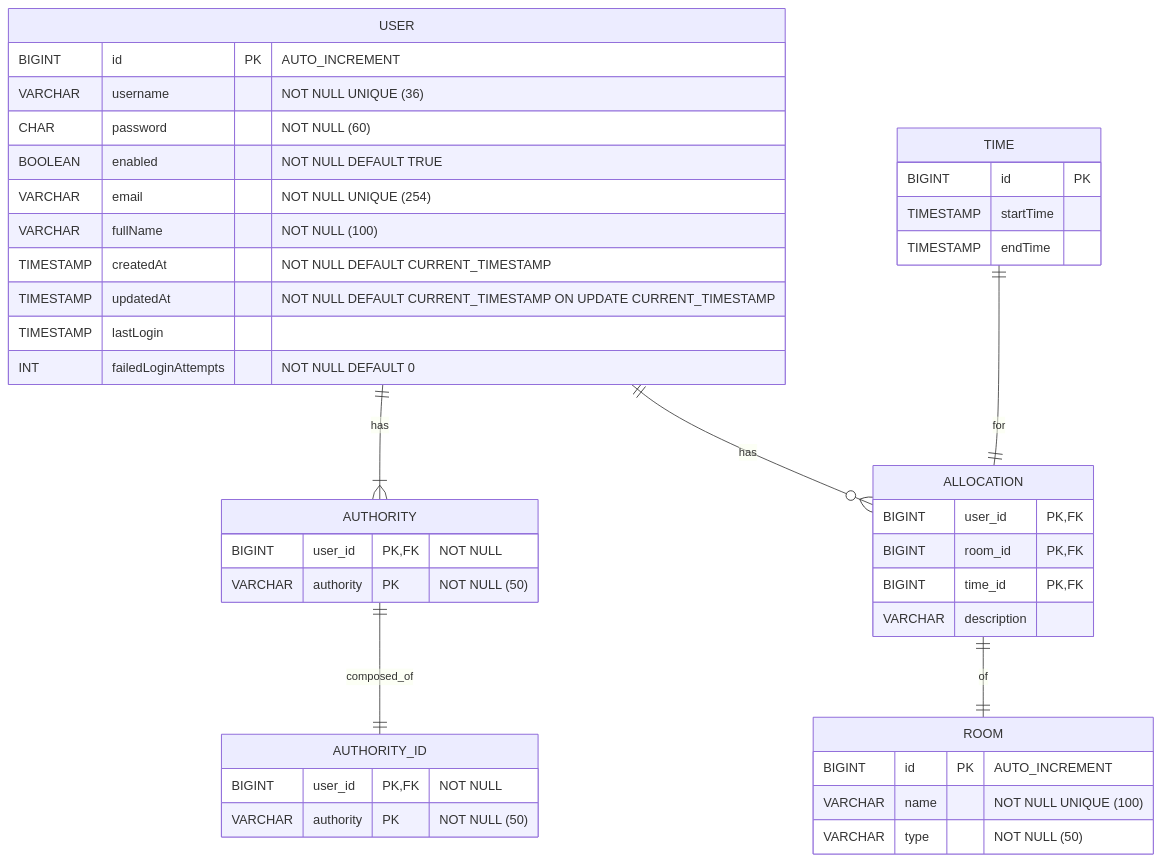
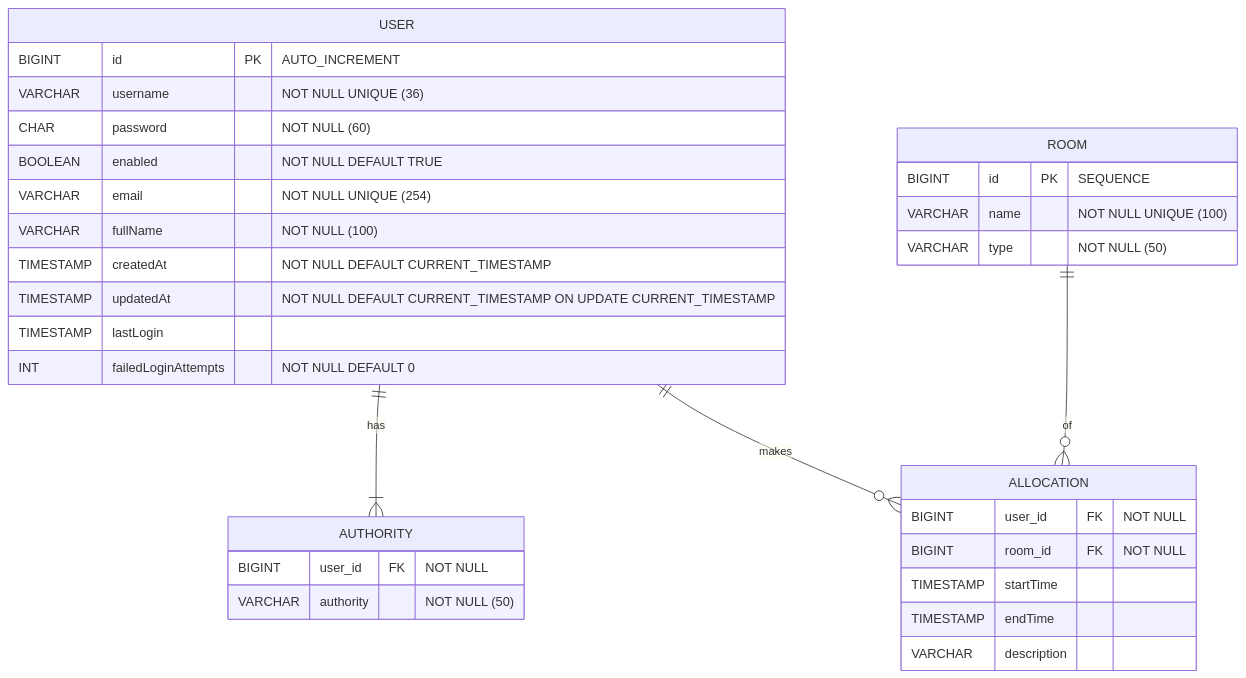
Before and after one commit to danilo-alm/alocacao-de-salas: the diagram in DOC.md, drawn with Mermaid. The commit also changed other lines of this file and 3 other files, not shown here.

`````diff
--- a/DOC.md
+++ b/DOC.md
@@ -7,52 +7,38 @@
 ````mermaid
 erDiagram
     USER {
         BIGINT id PK "AUTO_INCREMENT"
         VARCHAR username "NOT NULL UNIQUE (36)"
         CHAR password "NOT NULL (60)"
         BOOLEAN enabled "NOT NULL DEFAULT TRUE"
         VARCHAR email "NOT NULL UNIQUE (254)"
         VARCHAR fullName "NOT NULL (100)"
         TIMESTAMP createdAt "NOT NULL DEFAULT CURRENT_TIMESTAMP"
         TIMESTAMP updatedAt "NOT NULL DEFAULT CURRENT_TIMESTAMP ON UPDATE CURRENT_TIMESTAMP"
         TIMESTAMP lastLogin
         INT failedLoginAttempts "NOT NULL DEFAULT 0"
     }
 
     AUTHORITY {
-        BIGINT user_id PK,FK "NOT NULL"
-        VARCHAR authority PK "NOT NULL (50)"
-    }
-
-    AUTHORITY_ID {
-        BIGINT user_id PK,FK "NOT NULL"
-        VARCHAR authority PK "NOT NULL (50)"
+        BIGINT user_id FK "NOT NULL"
+        VARCHAR authority "NOT NULL (50)"
     }
 
     ROOM {
-        BIGINT id PK "AUTO_INCREMENT"
+        BIGINT id PK "SEQUENCE"
         VARCHAR name "NOT NULL UNIQUE (100)"
         VARCHAR type "NOT NULL (50)"
     }
-    
+
     ALLOCATION {
-        BIGINT user_id PK, FK
-        BIGINT room_id PK, FK
-        BIGINT time_id PK, FK
-        VARCHAR description
-    }
-    
-    TIME {
-        BIGINT id PK
+        BIGINT user_id FK "NOT NULL"
+        BIGINT room_id FK "NOT NULL"
         TIMESTAMP startTime
         TIMESTAMP endTime
+        VARCHAR description
     }
 
     USER ||--|{ AUTHORITY : has
-    AUTHORITY ||--|| AUTHORITY_ID : composed_of
-    USER ||--o{ ALLOCATION : has
-    ALLOCATION ||--|| ROOM : of
-    TIME ||--|| ALLOCATION : for
-    
-    
+    USER ||--o{ ALLOCATION : makes
+    ROOM ||--o{ ALLOCATION : of
 ````
`````
